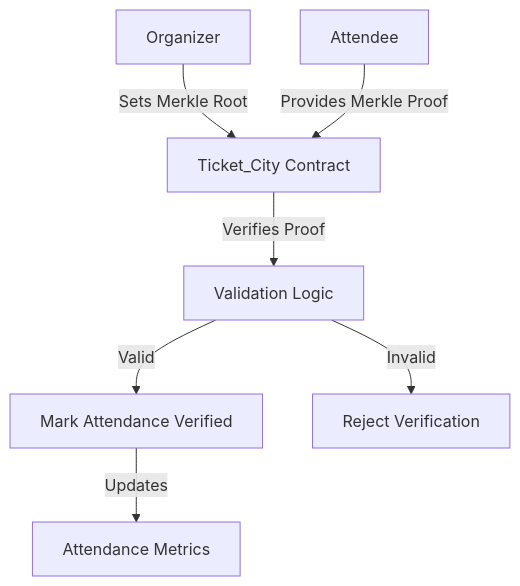
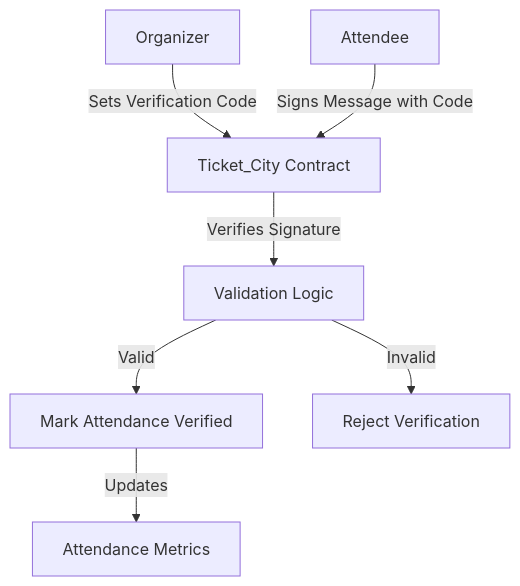
Before and after one commit to DevBigEazi/TicketCity: the third of 6 diagrams in README.md, drawn with Mermaid. The commit also changed other lines of this file, not shown here.

````diff
--- a/README.md
+++ b/README.md
@@ -303,9 +309,9 @@
 ```mermaid
 graph TD
-    A[Organizer] -->|Sets Merkle Root| B[Ticket_City Contract]
-    C[Attendee] -->|Provides Merkle Proof| B
-    B -->|Verifies Proof| D[Validation Logic]
+    A[Organizer] -->|Sets Verification Code| B[Ticket_City Contract]
+    C[Attendee] -->|Signs Message with Code| B
+    B -->|Verifies Signature| D[Validation Logic]
     D -->|Valid| E[Mark Attendance Verified]
     D -->|Invalid| F[Reject Verification]
     E -->|Updates| G[Attendance Metrics]
 ```
````
